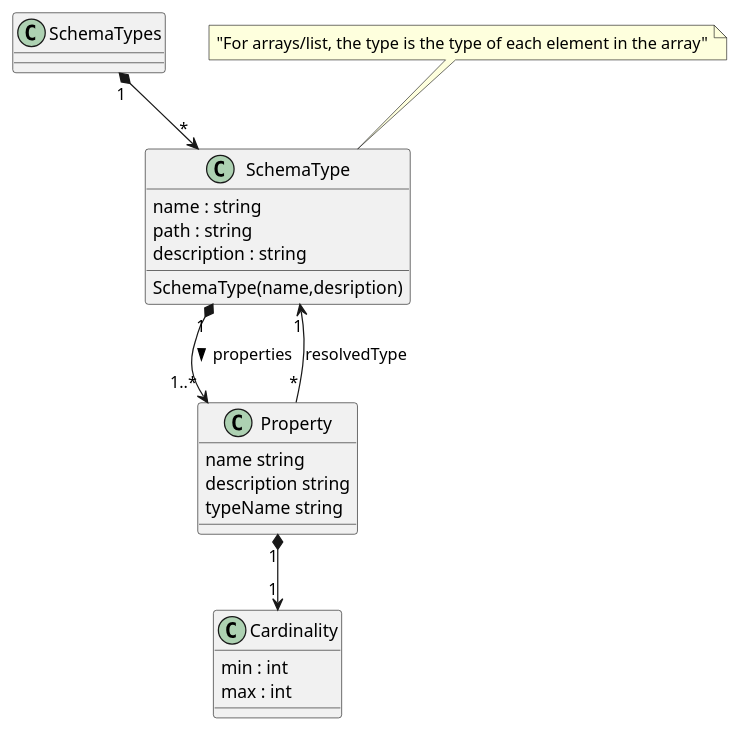
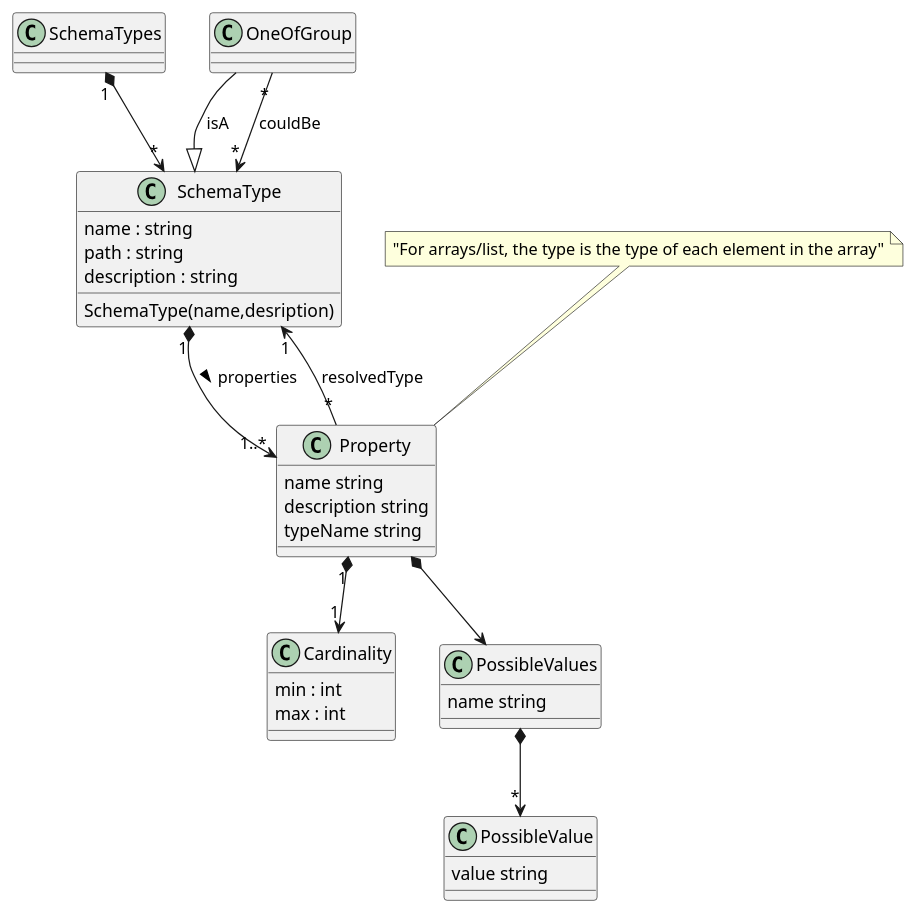
Before and after one commit to techcobweb/openapi2beans: the diagram in uml/schema-types.plantuml, drawn with PlantUML. The commit also changed 7 other files, not shown here.

Commit message:
more diagrams

```diff
--- a/uml/schema-types.plantuml
+++ b/uml/schema-types.plantuml
@@ -1,36 +1,53 @@
 @startuml "schema-types"
 
 class SchemaTypes {
 } 
 
 SchemaTypes "1" *--> "*" SchemaType
 
 class SchemaType {
     {field} name : string
     {field} path : string
     {field} description : string
 
     {method} SchemaType(name,desription)
 }
 
-note top of SchemaType : "For arrays/list, the type is the type of each element in the array"
 
 class Property {
     {field} name string 
     {field} description string 
     {field} typeName string
 }
+
+note top of Property : "For arrays/list, the type is the type of each element in the array"
+
 
 Property "*" --> "1" SchemaType : resolvedType 
 
 Property "1" *--> "1" Cardinality
 
 class Cardinality {
     {field} min : int
     {field} max : int
 }
 
+class PossibleValues {
+    {field} name string
+}
+
+class PossibleValue {
+    {field} value string
+}
+PossibleValues *--> "*" PossibleValue
+Property *--> PossibleValues
+
+class OneOfGroup {
+}
+OneOfGroup --|> SchemaType : isA
+OneOfGroup "*" --> "*" SchemaType : couldBe
+
 SchemaType "1" *--> "1..*" Property : properties >
 
 
 @enduml
```
